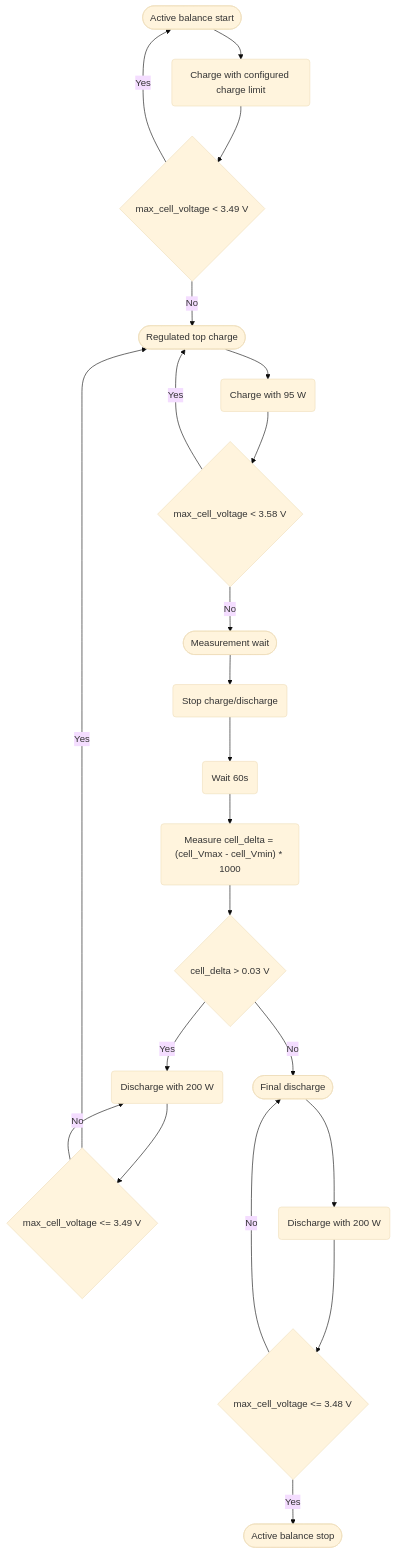
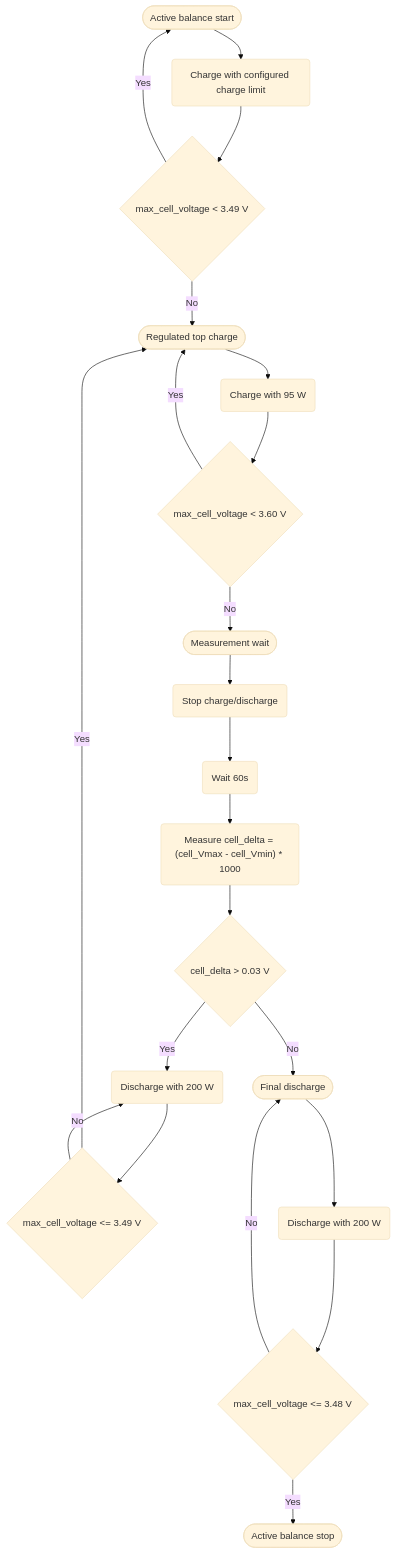
Before and after one commit to KeningGruttePier/Omnibattery: the second of 2 diagrams in site-docs/features/cell-balance-monitor.md, drawn with Mermaid (base theme). The commit also changed other lines of this file and 19 other files, not shown here.

First line of the commit message:
fix: raise top-cell stop voltage to 3.60 V

````diff
--- a/site-docs/features/cell-balance-monitor.md
+++ b/site-docs/features/cell-balance-monitor.md
@@ -123,24 +123,24 @@
 ```mermaid
 flowchart TD
     A([Active balance start]) --> B(Charge with configured charge limit)
     B --> C{max_cell_voltage < 3.49 V}
     C -->|Yes| A
     C -->|No| D([Regulated top charge])
     D --> E(Charge with 95 W)
-    E --> F{max_cell_voltage < 3.58 V}
+    E --> F{max_cell_voltage < 3.60 V}
     F -->|Yes| D
     F -->|No| G([Measurement wait])
     G --> H(Stop charge/discharge)
     H --> I(Wait 60s)
     I --> J("Measure cell_delta = (cell_Vmax - cell_Vmin) * 1000")
     J --> K{cell_delta > 0.03 V}
     K -->|Yes| L(Discharge with 200 W)
     L --> M{max_cell_voltage <= 3.49 V}
     M --> |Yes| D
     M --> |No| L
     K --> |No| N([Final discharge])
     N --> O(Discharge with 200 W)
     O --> P{max_cell_voltage <= 3.48 V}
     P --> |No| N
     P --> |Yes| Q([Active balance stop]) 
 ```
````
